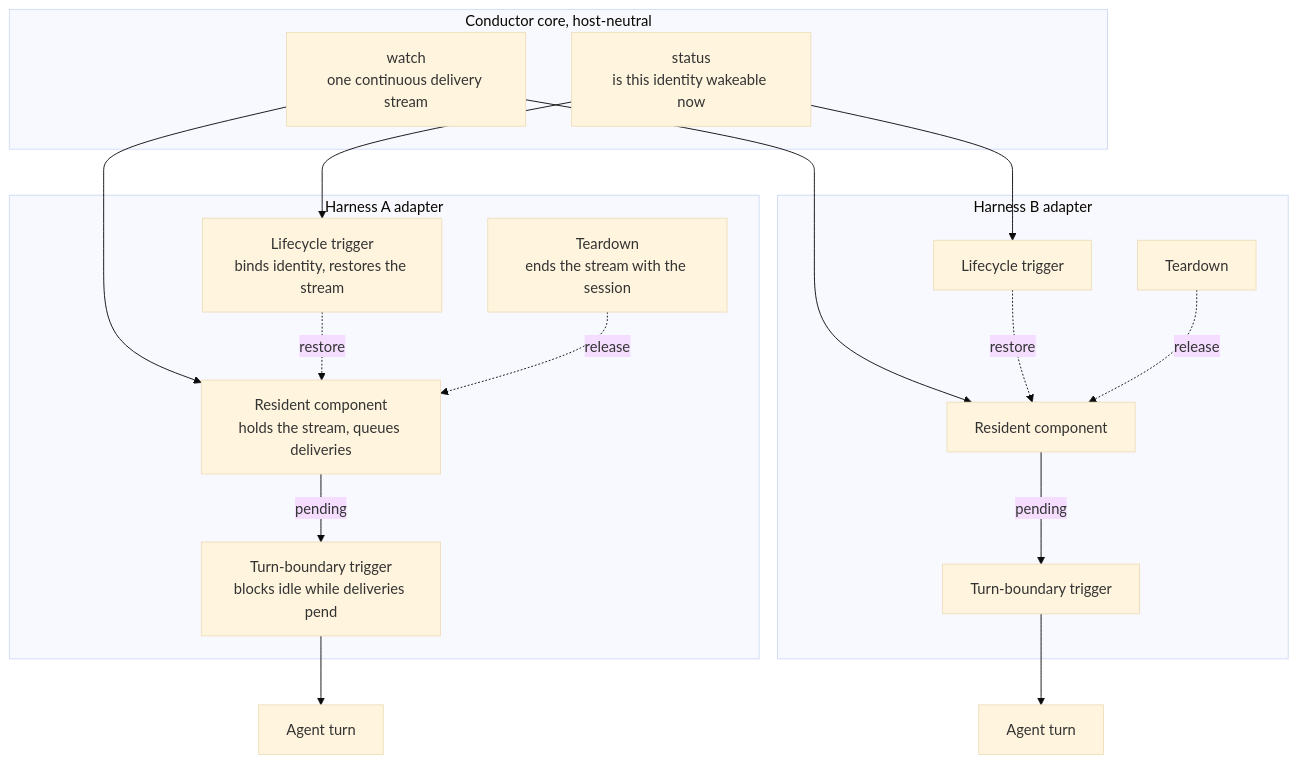
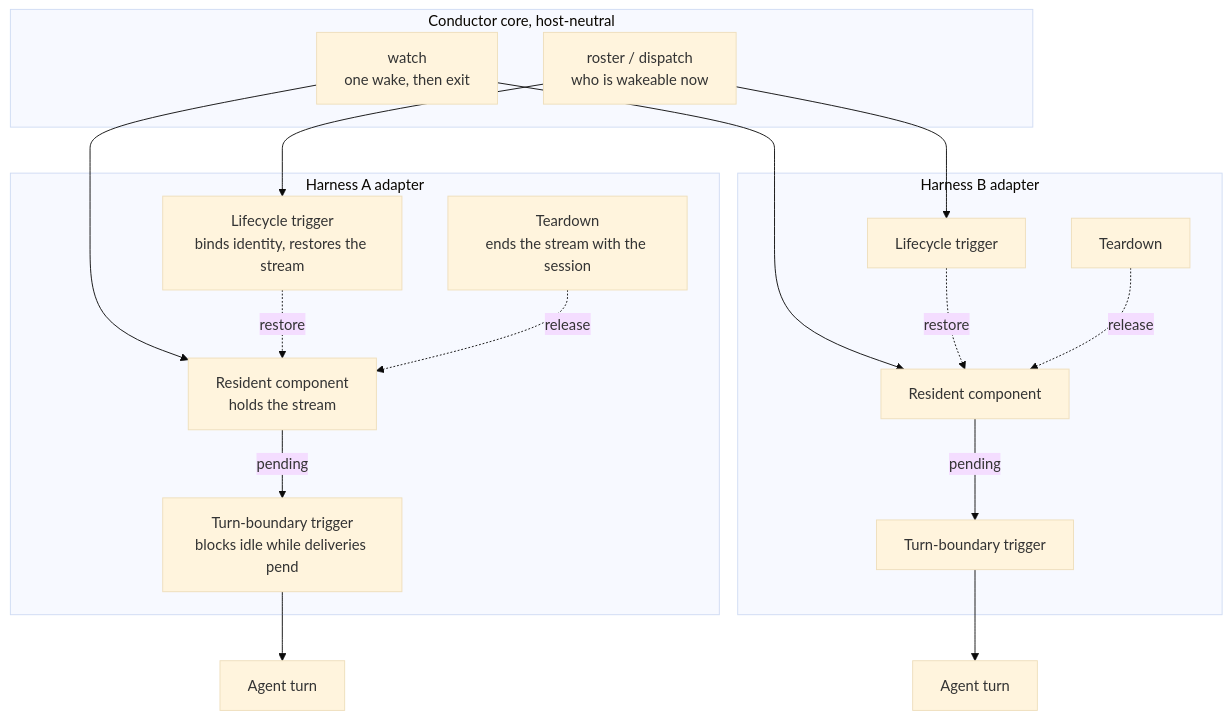
Before and after one commit to danlavee/Conductor: the diagram in docs/design/wake-adapters.md, drawn with Mermaid (base theme). The commit also changed other lines of this file and 14 other files, not shown here.

````diff
--- a/docs/design/wake-adapters.md
+++ b/docs/design/wake-adapters.md
@@ -46,34 +46,34 @@
 ```mermaid
 flowchart TB
     subgraph core["Conductor core, host-neutral"]
-        watch["watch<br/>one continuous delivery stream"]
-        status["status<br/>is this identity wakeable now"]
+        watch["watch<br/>one wake, then exit"]
+        roster["roster / dispatch<br/>who is wakeable now"]
     end
 
     subgraph h1["Harness A adapter"]
-        r1["Resident component<br/>holds the stream, queues deliveries"]
+        r1["Resident component<br/>holds the stream"]
         t1["Turn-boundary trigger<br/>blocks idle while deliveries pend"]
         l1["Lifecycle trigger<br/>binds identity, restores the stream"]
         e1["Teardown<br/>ends the stream with the session"]
     end
 
     subgraph h2["Harness B adapter"]
         r2["Resident component"]
         t2["Turn-boundary trigger"]
         l2["Lifecycle trigger"]
         e2["Teardown"]
     end
 
     watch --> r1
     watch --> r2
-    status --> l1
-    status --> l2
+    roster --> l1
+    roster --> l2
     r1 -->|pending| t1
     r2 -->|pending| t2
     t1 --> turn1["Agent turn"]
     t2 --> turn2["Agent turn"]
     l1 -.->|restore| r1
     l2 -.->|restore| r2
     e1 -.->|release| r1
     e2 -.->|release| r2
 ```
````
